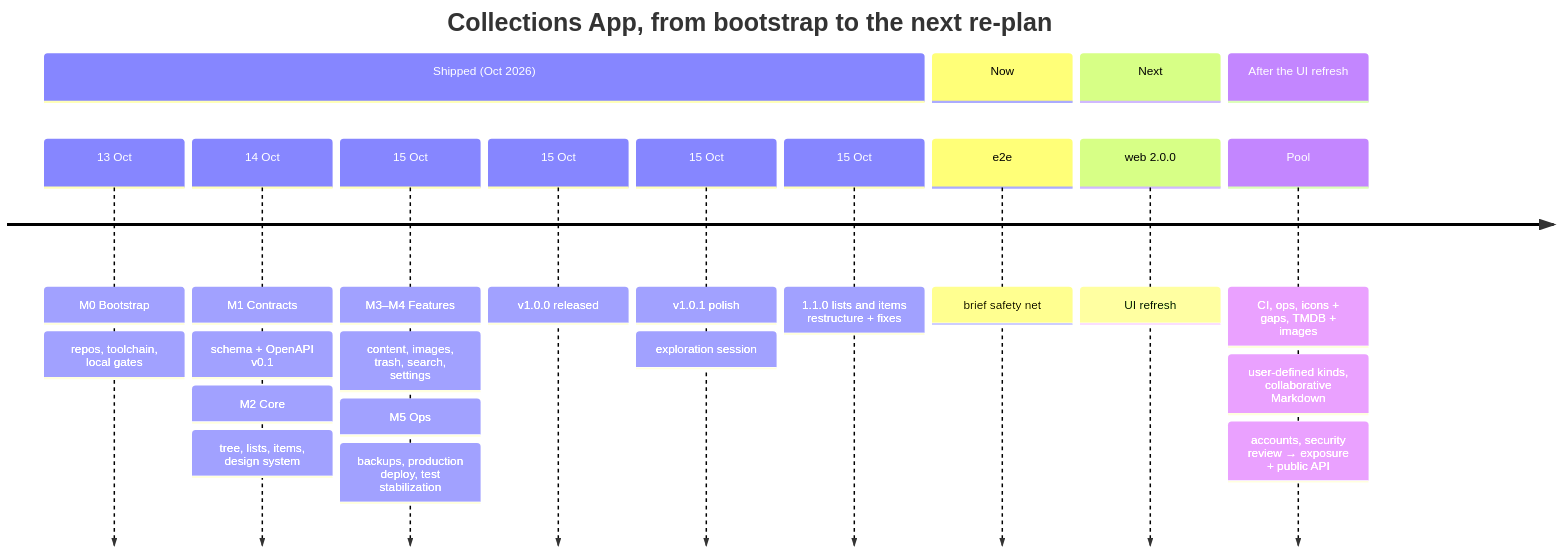
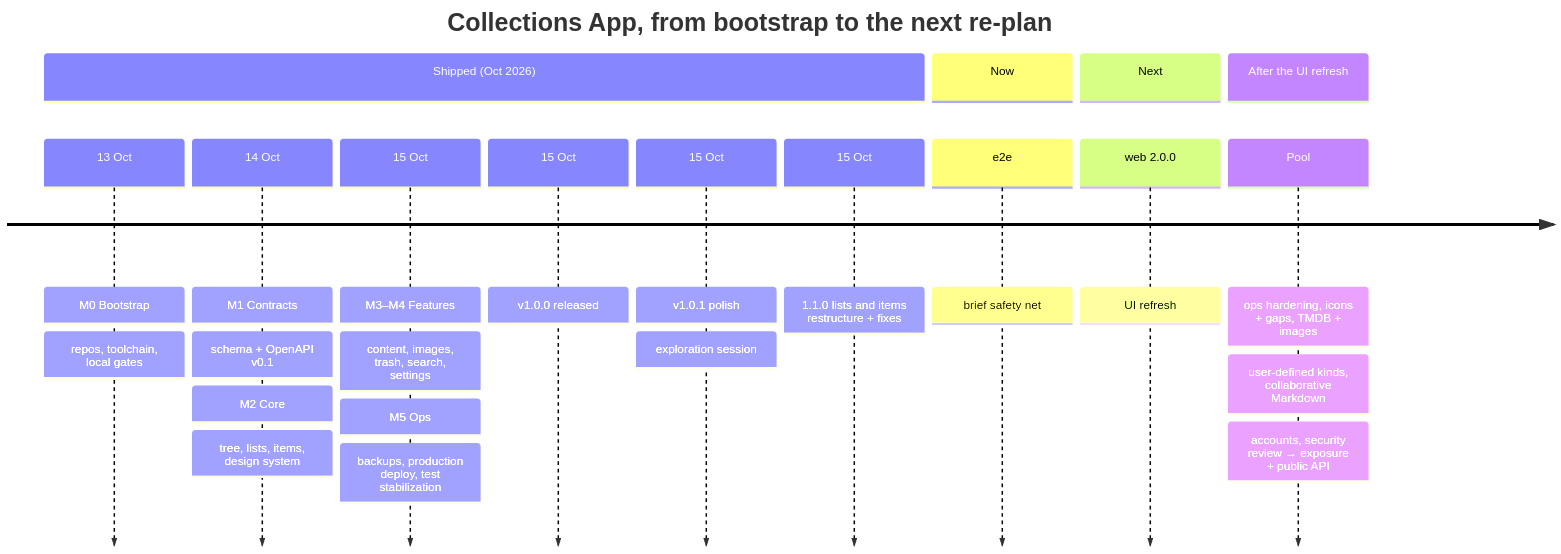
One commit to 0xfederama/collections-app changed the first of 2 diagrams in ROADMAP.md. Above: the diagram before and after it, drawn with Mermaid. The commit also changed other lines of this file and 8 other files, not shown here.

````diff
--- a/ROADMAP.md
+++ b/ROADMAP.md
@@ -43,22 +43,22 @@
 ```mermaid
 timeline
     title Collections App, from bootstrap to the next re-plan
     section Shipped (Oct 2026)
         13 Oct : M0 Bootstrap : repos, toolchain, local gates
         14 Oct : M1 Contracts : schema + OpenAPI v0.1
                : M2 Core : tree, lists, items, design system
         15 Oct : M3–M4 Features : content, images, trash, search, settings
                : M5 Ops : backups, production deploy, test stabilization
         15 Oct : v1.0.0 released
         15 Oct : v1.0.1 polish
                : exploration session
         15 Oct : 1.1.0 lists and items restructure + fixes
     section Now
         e2e : brief safety net
     section Next
         web 2.0.0 : UI refresh
     section After the UI refresh
-        Pool : CI, ops, icons + gaps, TMDB + images
+        Pool : ops hardening, icons + gaps, TMDB + images
              : user-defined kinds, collaborative Markdown
              : accounts, security review → exposure + public API
 ```
````
